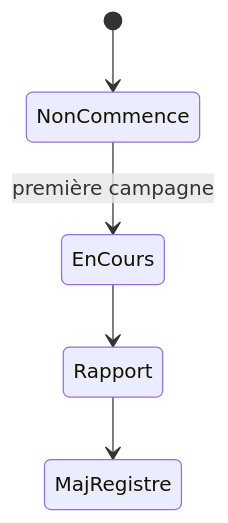
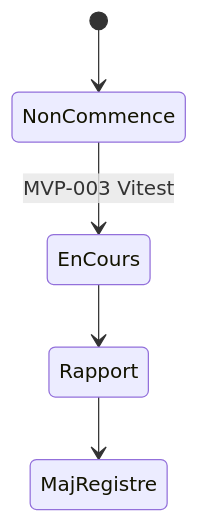
Before and after one commit to JavaChrist/Tai-Chi-AI-Coach: the third of 5 diagrams in docs/runtime/09_TEST_STATUS.md, drawn with Mermaid. The commit also changed other lines of this file and 59 other files, not shown here.

````diff
--- a/docs/runtime/09_TEST_STATUS.md
+++ b/docs/runtime/09_TEST_STATUS.md
@@ -103,7 +120,7 @@
 ```mermaid
 stateDiagram-v2
   [*] --> NonCommence
-  NonCommence --> EnCours: première campagne
+  NonCommence --> EnCours: MVP-003 Vitest
   EnCours --> Rapport
   Rapport --> MajRegistre
 ```
````
